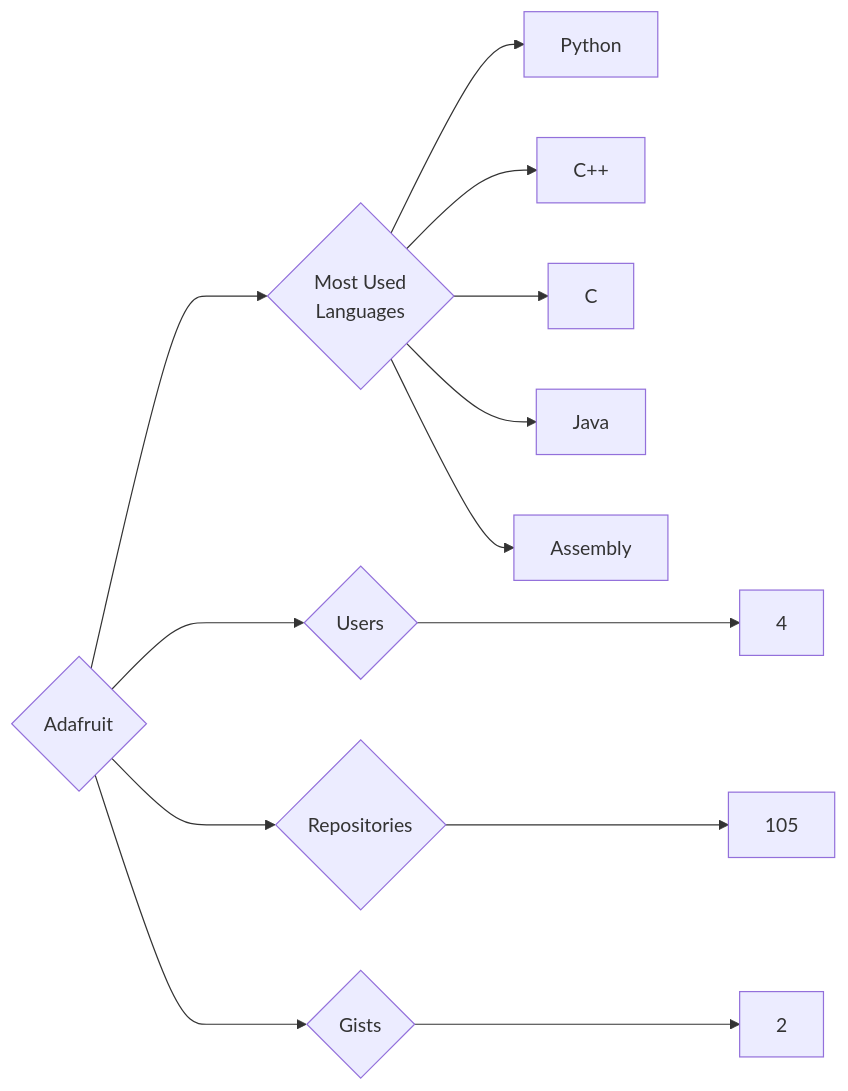
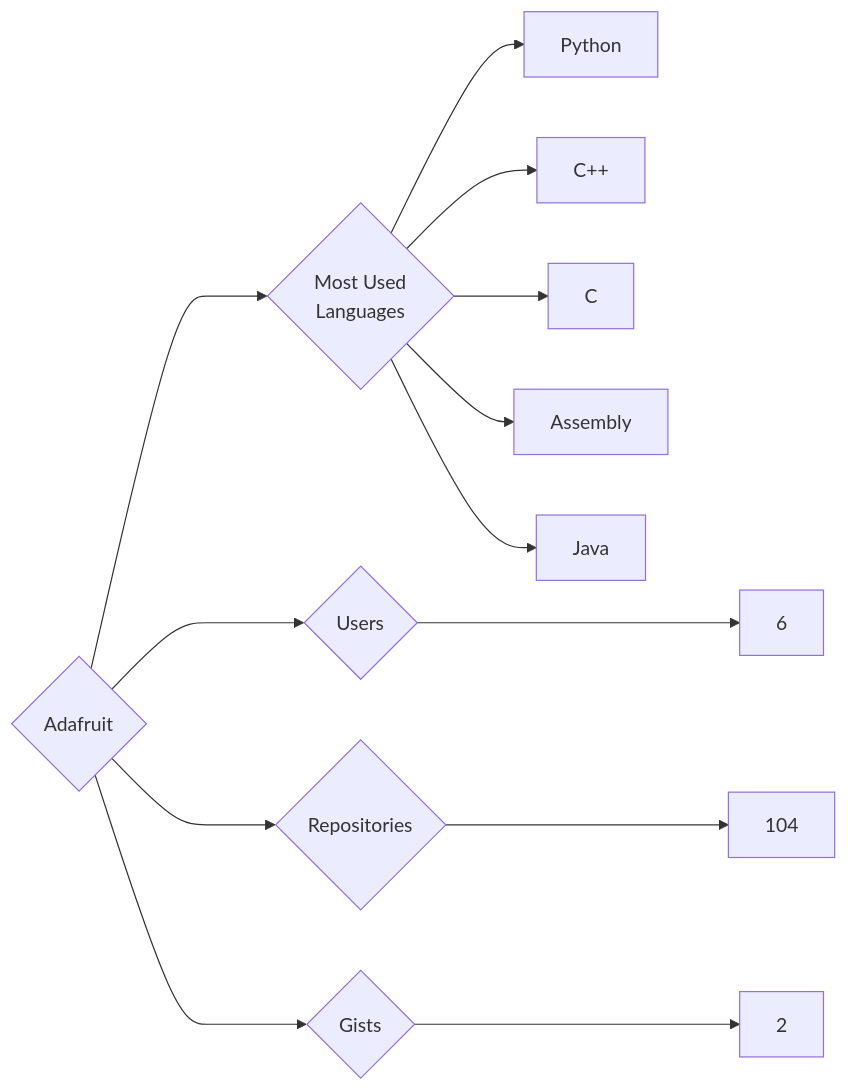
One commit to trickest/insiders changed the diagram in targets/Adafruit/README.md. Above: the diagram before and after it, drawn with Mermaid. The commit also changed 988 other files, not shown here.

````diff
--- a/targets/Adafruit/README.md
+++ b/targets/Adafruit/README.md
@@ -3,13 +3,13 @@
 ```mermaid
 graph LR
 COMPANY_NAME{Adafruit}
-COMPANY_NAME ---> U{Users} ---> UN[4]
-COMPANY_NAME ---> R{Repositories} ---> RN[105]
+COMPANY_NAME ---> U{Users} ---> UN[6]
+COMPANY_NAME ---> R{Repositories} ---> RN[104]
 COMPANY_NAME ---> G{Gists} ---> GN[2]
 COMPANY_NAME ---> ML{Most Used<br>Languages}
 ML --> Python[Python]
 ML --> C++[C++]
 ML --> C[C]
+ML --> Assembly[Assembly]
 ML --> Java[Java]
-ML --> Assembly[Assembly]
 ```
````
